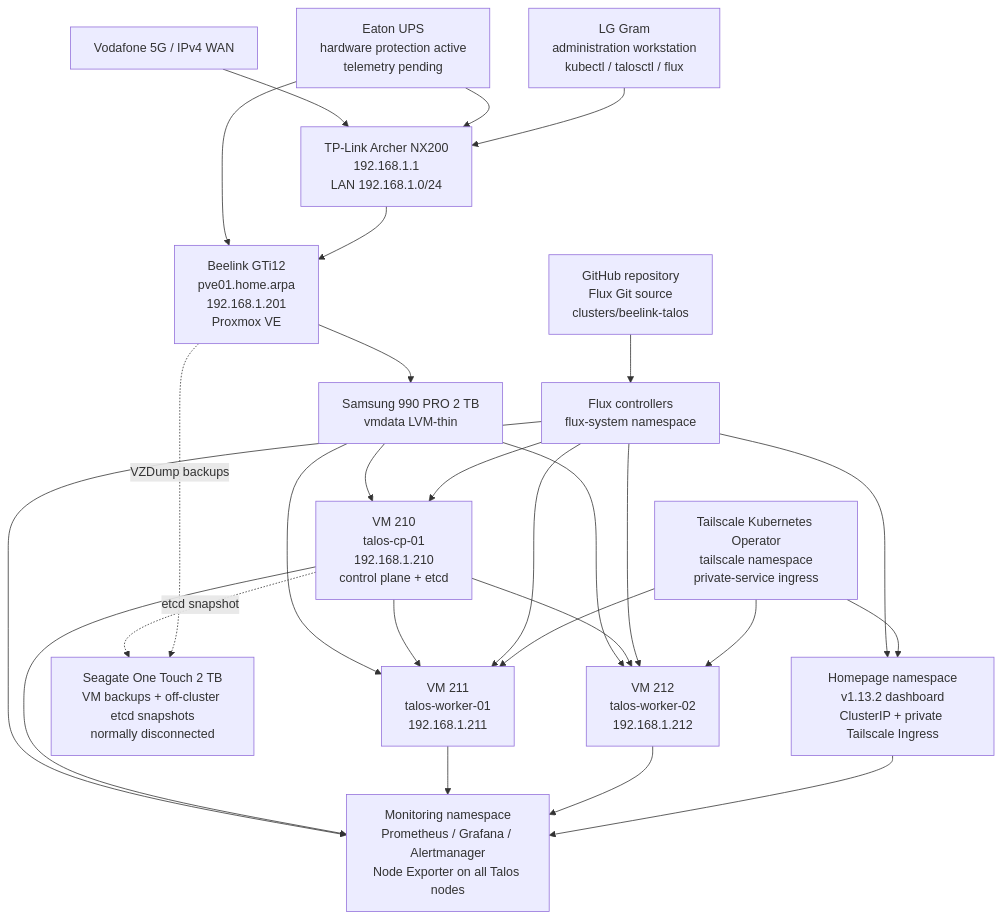
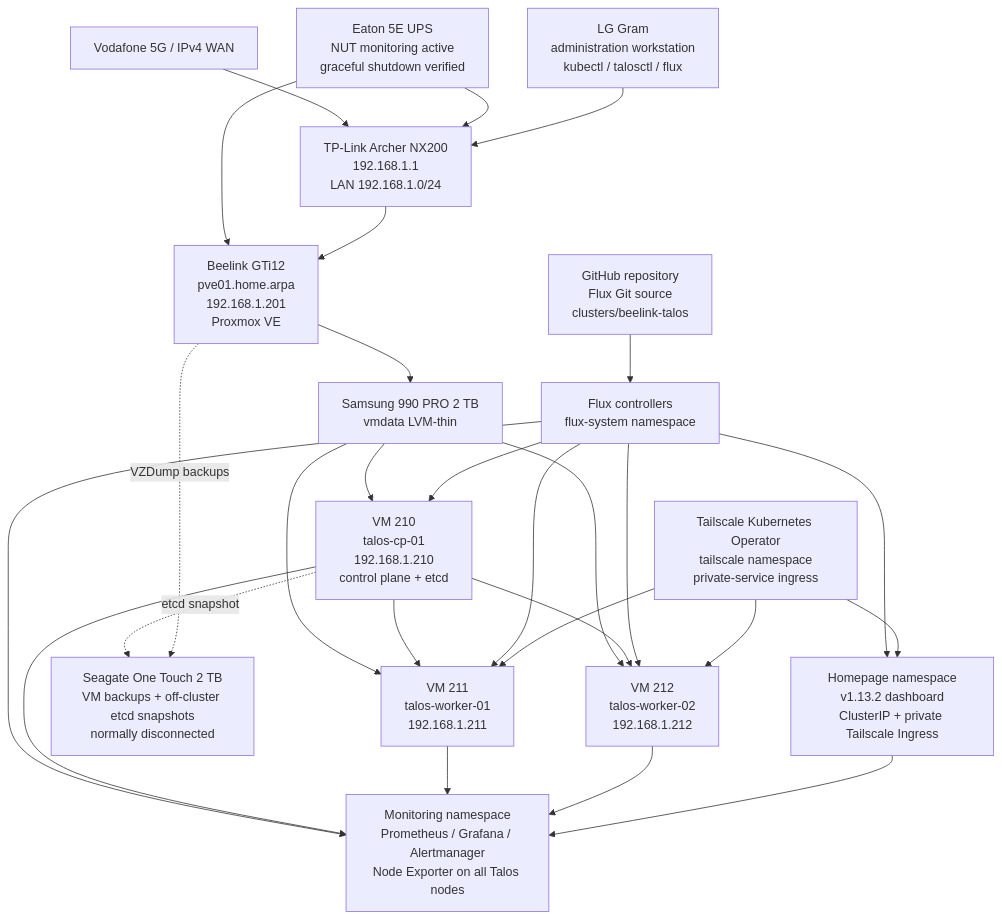
One commit to dgsuma/dgs-private-cloud changed the diagram in README.md. Above: the diagram before and after it, drawn with Mermaid. The commit also changed other lines of this file and 5 other files, not shown here.

Commit message:
docs(ups): document NUT graceful shutdown

````diff
--- a/README.md
+++ b/README.md
@@ -102,45 +102,45 @@
 ```mermaid
 flowchart TB
     Internet["Vodafone 5G / IPv4 WAN"]
-    UPS["Eaton UPS<br/>hardware protection active<br/>telemetry pending"]
+    UPS["Eaton 5E UPS<br/>NUT monitoring active<br/>graceful shutdown verified"]
     Router["TP-Link Archer NX200<br/>192.168.1.1<br/>LAN 192.168.1.0/24"]
     Admin["LG Gram<br/>administration workstation<br/>kubectl / talosctl / flux"]
     PVE["Beelink GTi12<br/>pve01.home.arpa<br/>192.168.1.201<br/>Proxmox VE"]
     Storage["Samsung 990 PRO 2 TB<br/>vmdata LVM-thin"]
     CP["VM 210<br/>talos-cp-01<br/>192.168.1.210<br/>control plane + etcd"]
     W1["VM 211<br/>talos-worker-01<br/>192.168.1.211"]
     W2["VM 212<br/>talos-worker-02<br/>192.168.1.212"]
     Git["GitHub repository<br/>Flux Git source<br/>clusters/beelink-talos"]
     Flux["Flux controllers<br/>flux-system namespace"]
     TS["Tailscale Kubernetes Operator<br/>tailscale namespace<br/>private-service ingress"]
     Backup["Seagate One Touch 2 TB<br/>VM backups + off-cluster etcd snapshots<br/>normally disconnected"]
     Mon["Monitoring namespace<br/>Prometheus / Grafana / Alertmanager<br/>Node Exporter on all Talos nodes"]
     Home["Homepage namespace<br/>v1.13.2 dashboard<br/>ClusterIP + private Tailscale Ingress"]
 
     Internet --> Router
     UPS --> Router
     UPS --> PVE
     Admin --> Router
     Router --> PVE
     PVE --> Storage
     Storage --> CP
     Storage --> W1
     Storage --> W2
     CP --> W1
     CP --> W2
     Git --> Flux
     Flux --> CP
     Flux --> W1
     Flux --> W2
     Flux --> Mon
     CP --> Mon
     W1 --> Mon
     W2 --> Mon
     Flux --> Home
     TS --> Home
     Home --> Mon
     TS --> W1
     TS --> W2
     CP -. etcd snapshot .-> Backup
     PVE -. VZDump backups .-> Backup
 ```
````
